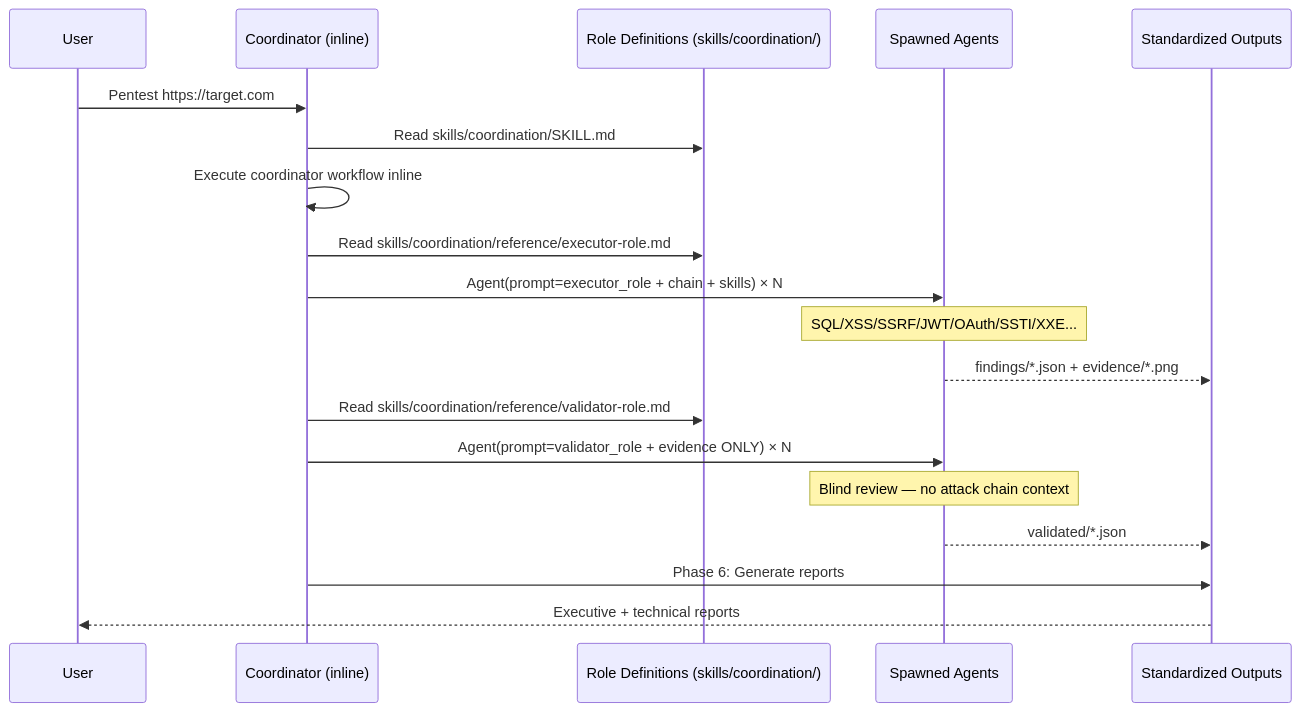
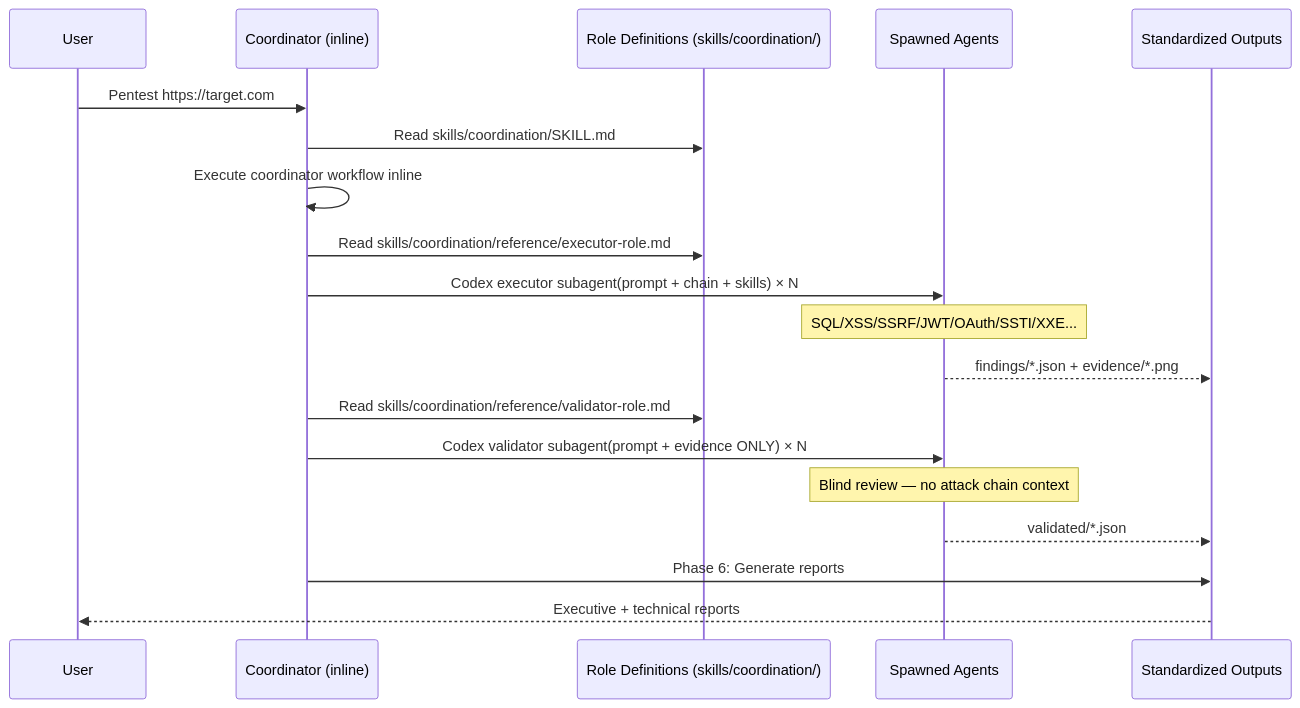
Before and after one commit to l0h1nth/communitytools: the diagram in README.md, drawn with Mermaid. The commit also changed other lines of this file and 109 other files, not shown here.

````diff
--- a/README.md
+++ b/README.md
@@ -179,25 +179,25 @@
 ```mermaid
 sequenceDiagram
     participant User
     participant Coord as Coordinator (inline)
     participant Roles as Role Definitions (skills/coordination/)
     participant Agents as Spawned Agents
     participant Output as Standardized Outputs
 
     User->>Coord: Pentest https://target.com
     Coord->>Roles: Read skills/coordination/SKILL.md
     Coord->>Coord: Execute coordinator workflow inline
 
     Coord->>Roles: Read skills/coordination/reference/executor-role.md
-    Coord->>Agents: Agent(prompt=executor_role + chain + skills) × N
+    Coord->>Agents: Codex executor subagent(prompt + chain + skills) × N
     Note over Agents: SQL/XSS/SSRF/JWT/OAuth/SSTI/XXE...
     Agents-->>Output: findings/*.json + evidence/*.png
 
     Coord->>Roles: Read skills/coordination/reference/validator-role.md
-    Coord->>Agents: Agent(prompt=validator_role + evidence ONLY) × N
+    Coord->>Agents: Codex validator subagent(prompt + evidence ONLY) × N
     Note over Agents: Blind review — no attack chain context
     Agents-->>Output: validated/*.json
 
     Coord->>Output: Phase 6: Generate reports
     Output-->>User: Executive + technical reports
 ```
````
